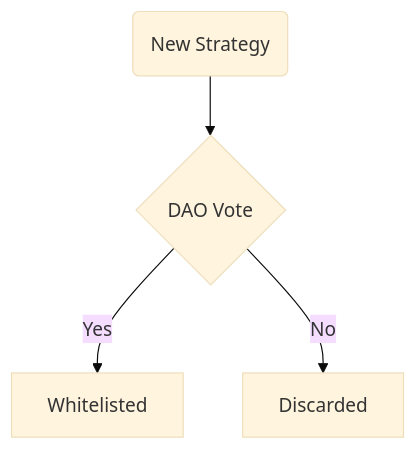
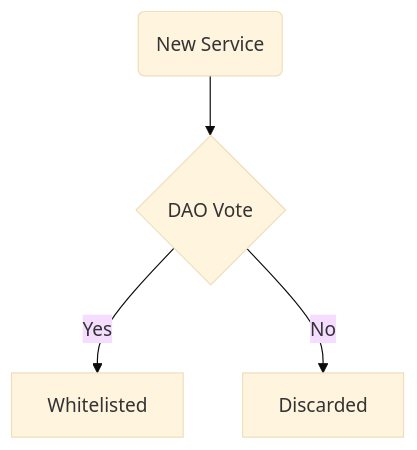
One commit to Ithil-protocol/docs changed the first of 2 diagrams in docs/protocol-overview/strategies.md. Above: the diagram before and after it, drawn with Mermaid (base theme). The commit also changed 18 other files, not shown here.

````diff
--- a/docs/protocol-overview/strategies.md
+++ b/docs/protocol-overview/strategies.md
@@ -12,6 +12,6 @@
 ```mermaid
 graph TD
-    A(New Strategy) --> C{DAO Vote}
+    A(New Service) --> C{DAO Vote}
     C -->|Yes| D[Whitelisted]
     C -->|No| E[Discarded]
 ```
````
